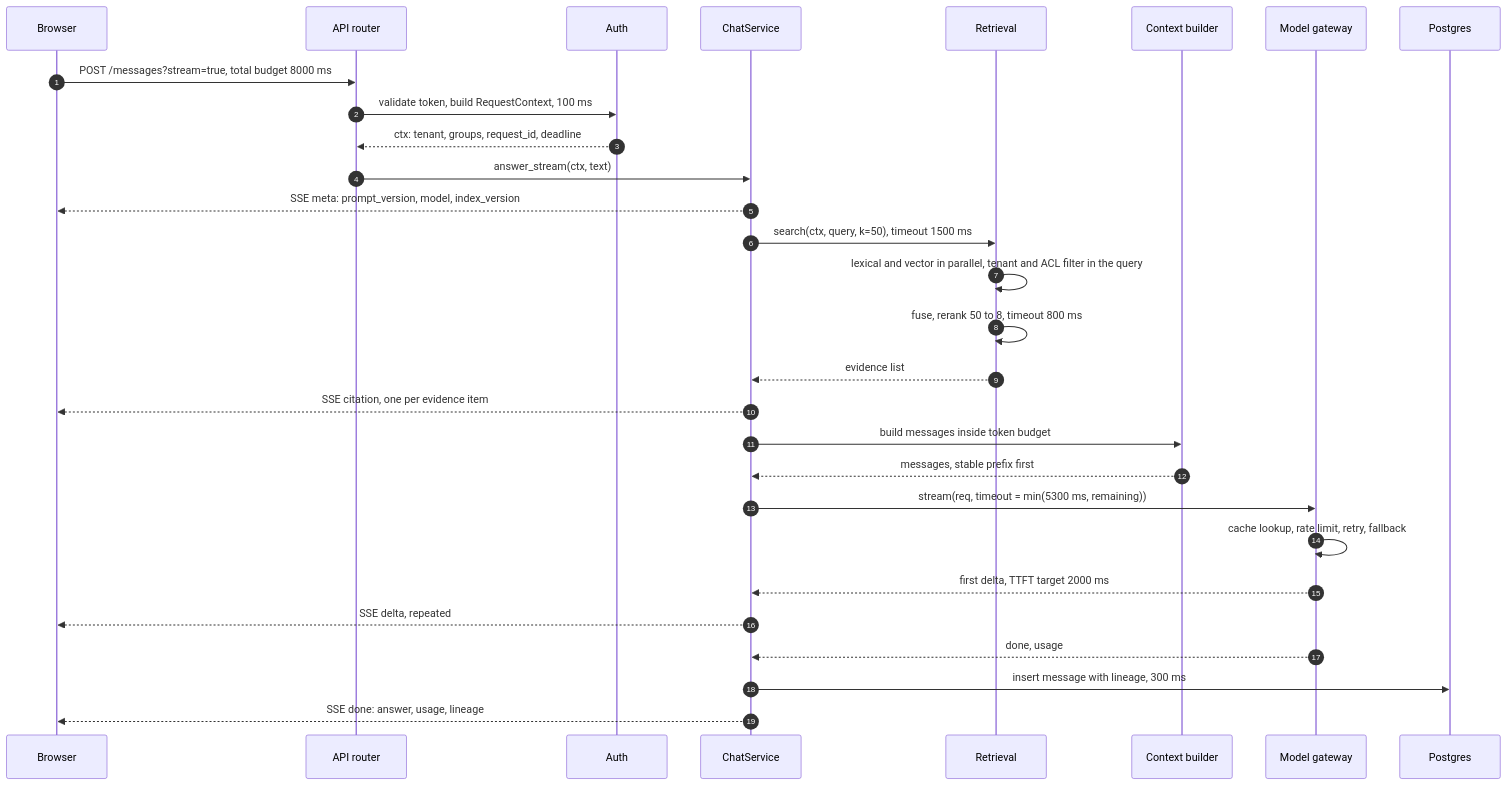
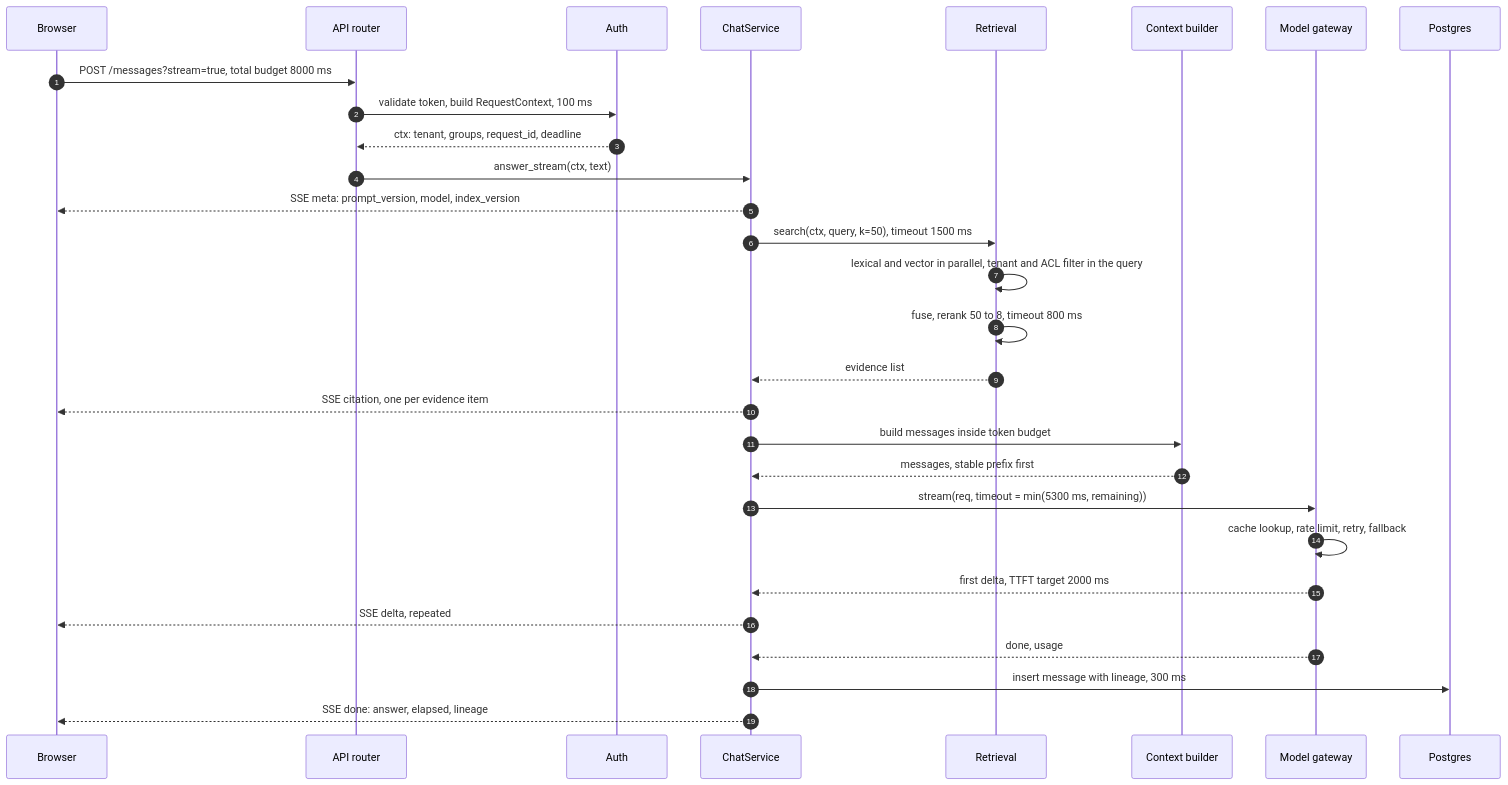
The second of 5 diagrams in book/chapters/28-ai-application-architecture.md (XayyamSadigov/ai-engineering-book), drawn with Mermaid before and after one commit. The commit also changed other lines of this file and 6 other files, not shown here.

First line of the commit message:
Edit Chapter 28 for clarity and teaching flow; fix nine architecture-example bugs

````diff
--- a/book/chapters/28-ai-application-architecture.md
+++ b/book/chapters/28-ai-application-architecture.md
@@ -183,32 +183,32 @@
 ```mermaid
 sequenceDiagram
     autonumber
     participant UI as Browser
     participant API as API router
     participant AUTH as Auth
     participant SVC as ChatService
     participant RET as Retrieval
     participant CB as Context builder
     participant MG as Model gateway
     participant DB as Postgres
 
     UI->>API: POST /messages?stream=true, total budget 8000 ms
     API->>AUTH: validate token, build RequestContext, 100 ms
     AUTH-->>API: ctx: tenant, groups, request_id, deadline
     API->>SVC: answer_stream(ctx, text)
     SVC-->>UI: SSE meta: prompt_version, model, index_version
     SVC->>RET: search(ctx, query, k=50), timeout 1500 ms
     RET->>RET: lexical and vector in parallel, tenant and ACL filter in the query
     RET->>RET: fuse, rerank 50 to 8, timeout 800 ms
     RET-->>SVC: evidence list
     SVC-->>UI: SSE citation, one per evidence item
     SVC->>CB: build messages inside token budget
     CB-->>SVC: messages, stable prefix first
     SVC->>MG: stream(req, timeout = min(5300 ms, remaining))
     MG->>MG: cache lookup, rate limit, retry, fallback
     MG-->>SVC: first delta, TTFT target 2000 ms
     SVC-->>UI: SSE delta, repeated
     MG-->>SVC: done, usage
     SVC->>DB: insert message with lineage, 300 ms
-    SVC-->>UI: SSE done: answer, usage, lineage
+    SVC-->>UI: SSE done: answer, elapsed, lineage
 ```
````
